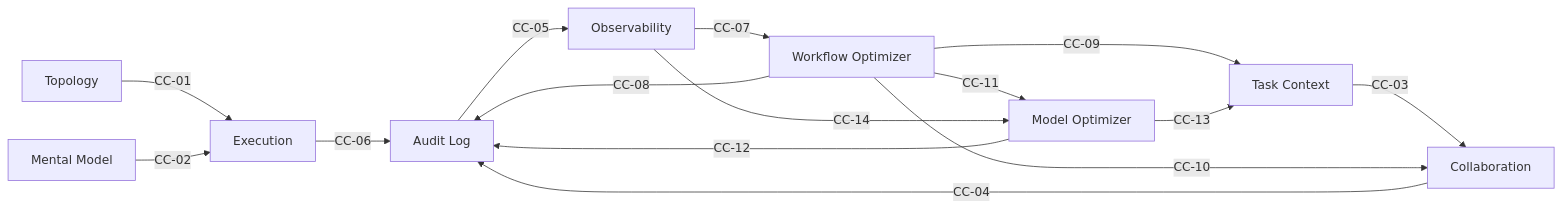
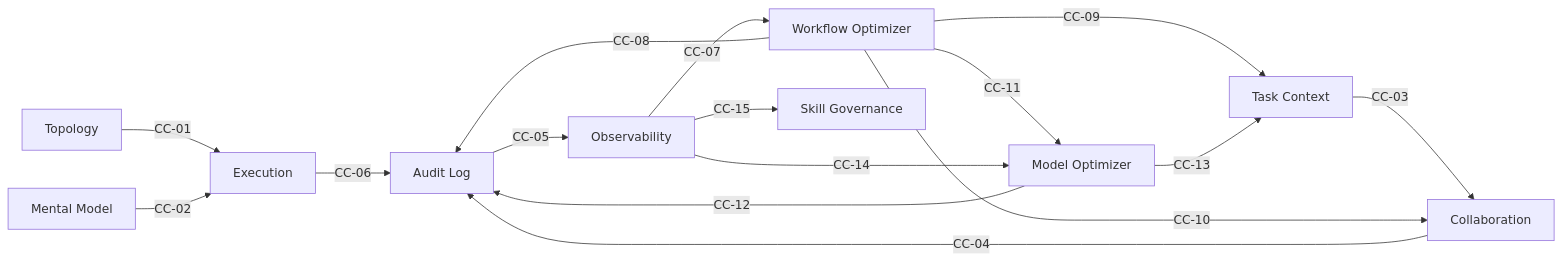
The second of 2 diagrams in docs/pipelines.md (WMJOON/multi-swarm-orchestrator), drawn with Mermaid before and after one commit. The commit also changed other lines of this file and 19 other files, not shown here.

````diff
--- a/docs/pipelines.md
+++ b/docs/pipelines.md
@@ -58,20 +58,21 @@
 ```mermaid
 flowchart LR
     Topology -- CC-01 --> Execution
     MentalModel["Mental Model"] -- CC-02 --> Execution
     Execution -- CC-06 --> AuditLog["Audit Log"]
 
     TaskContext["Task Context"] -- CC-03 --> Collaboration
     Collaboration -- CC-04 --> AuditLog
     AuditLog -- CC-05 --> Observability
 
     Observability -- CC-07 --> Optimizer["Workflow Optimizer"]
     Optimizer -- CC-08 --> AuditLog
     Optimizer -- CC-09 --> TaskContext
     Optimizer -- CC-10 --> Collaboration
 
     Optimizer -- CC-11 --> ModelOpt["Model Optimizer"]
     ModelOpt -- CC-12 --> AuditLog
     ModelOpt -- CC-13 --> TaskContext
     Observability -- CC-14 --> ModelOpt
+    Observability -- CC-15 --> Governance["Skill Governance"]
 ```
````
